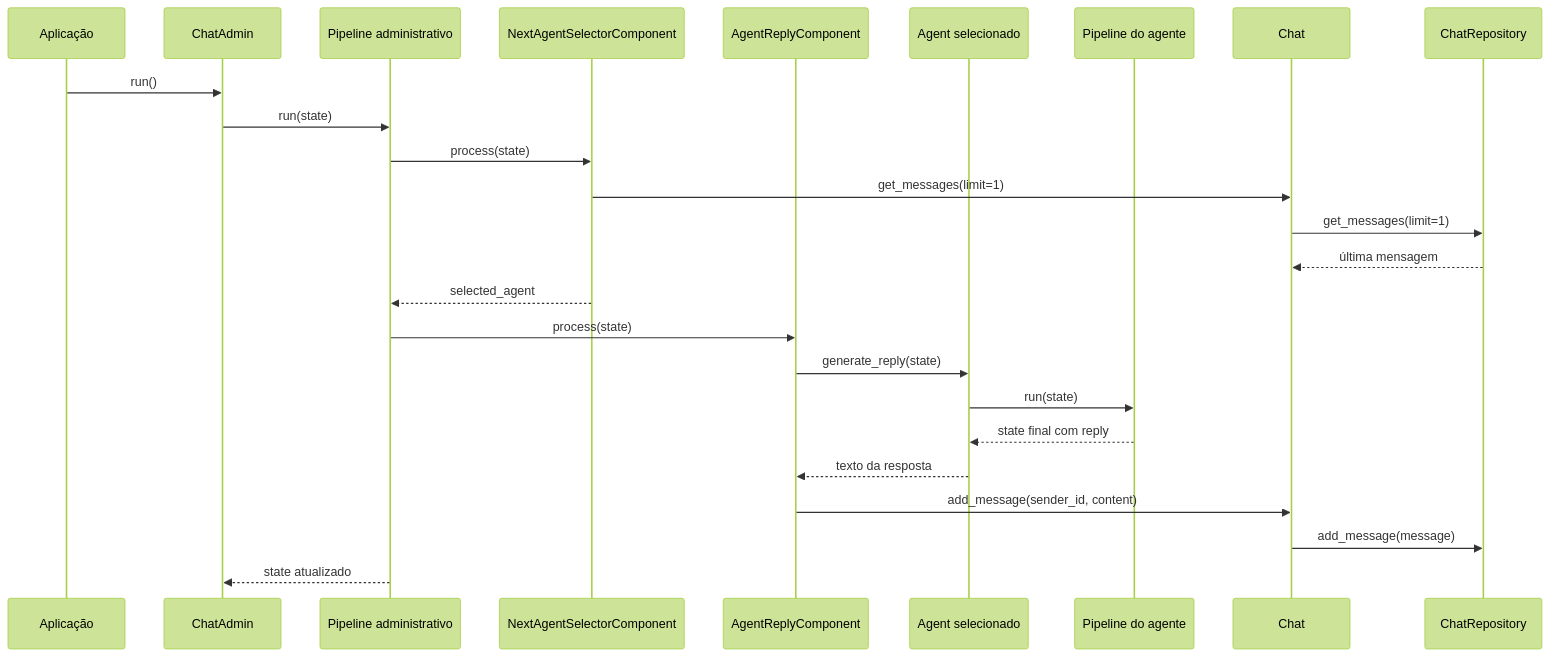
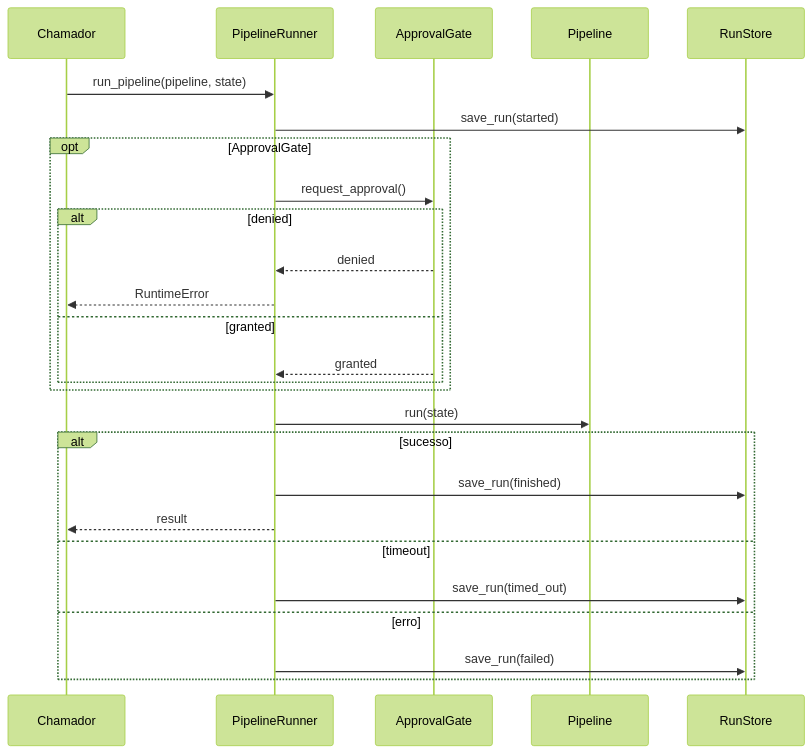
Before and after one commit to brunocapelao/miniAutoGen: the fourth of 4 diagrams in docs/pt/architecture/04-fluxos.md, drawn with Mermaid (forest theme). The commit also changed other lines of this file and 23 other files, not shown here.

````diff
--- a/docs/pt/architecture/04-fluxos.md
+++ b/docs/pt/architecture/04-fluxos.md
@@ -17,28 +147,29 @@
 ```mermaid
 sequenceDiagram
-    participant App as Aplicação
-    participant Admin as ChatAdmin
-    participant AP as Pipeline administrativo
-    participant Selector as NextAgentSelectorComponent
-    participant Reply as AgentReplyComponent
-    participant Agent as Agent selecionado
-    participant GP as Pipeline do agente
-    participant Chat as Chat
-    participant Repo as ChatRepository
+    participant Caller as Chamador
+    participant PR as PipelineRunner
+    participant Gate as ApprovalGate
+    participant Pipe as Pipeline
+    participant RS as RunStore
 
-    App->>Admin: run()
-    Admin->>AP: run(state)
-    AP->>Selector: process(state)
-    Selector->>Chat: get_messages(limit=1)
-    Chat->>Repo: get_messages(limit=1)
-    Repo-->>Chat: última mensagem
-    Selector-->>AP: selected_agent
-    AP->>Reply: process(state)
-    Reply->>Agent: generate_reply(state)
-    Agent->>GP: run(state)
-    GP-->>Agent: state final com reply
-    Agent-->>Reply: texto da resposta
-    Reply->>Chat: add_message(sender_id, content)
-    Chat->>Repo: add_message(message)
-    AP-->>Admin: state atualizado
+    Caller->>PR: run_pipeline(pipeline, state)
+    PR->>RS: save_run(started)
+    opt ApprovalGate
+        PR->>Gate: request_approval()
+        alt denied
+            Gate-->>PR: denied
+            PR-->>Caller: RuntimeError
+        else granted
+            Gate-->>PR: granted
+        end
+    end
+    PR->>Pipe: run(state)
+    alt sucesso
+        PR->>RS: save_run(finished)
+        PR-->>Caller: result
+    else timeout
+        PR->>RS: save_run(timed_out)
+    else erro
+        PR->>RS: save_run(failed)
+    end
 ```
````
